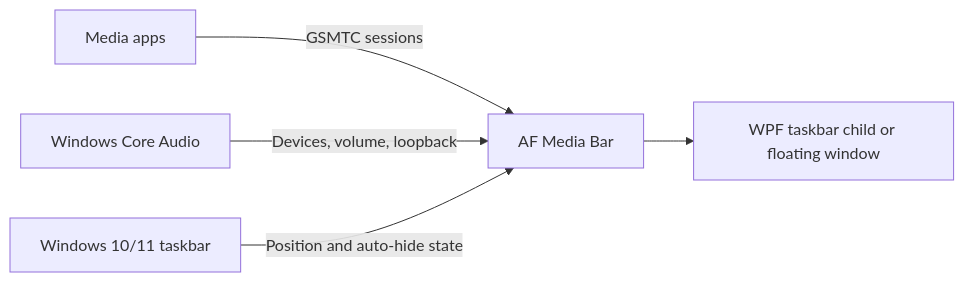
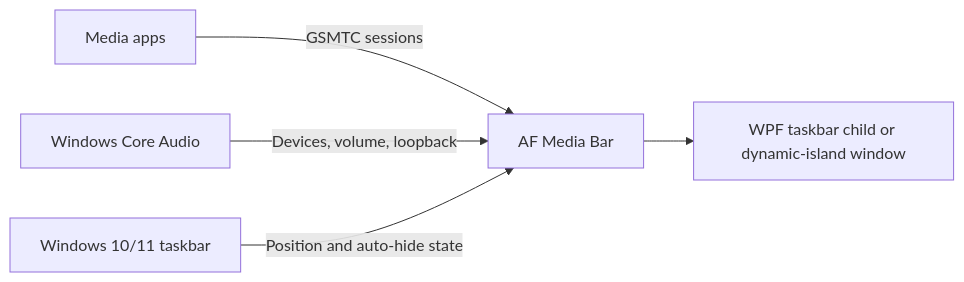
The diagram in README.en-US.md (Fervent-Tempo/AF-Media-Bar), drawn with Mermaid before and after one commit. The commit also changed other lines of this file and 20 other files, not shown here.

Commit message:
feat ：新增播放控制按钮，任务栏自动布局，灵动岛模式 / feat: add hover playback controls, taskbar auto layout, and dynamic island

````diff
--- a/README.en-US.md
+++ b/README.en-US.md
@@ -114,7 +114,7 @@
 ```mermaid
 flowchart LR
     A[Media apps] -->|GSMTC sessions| B[AF Media Bar]
     C[Windows Core Audio] -->|Devices, volume, loopback| B
     D[Windows 10/11 taskbar] -->|Position and auto-hide state| B
-    B --> E[WPF taskbar child or floating window]
+    B --> E[WPF taskbar child or dynamic-island window]
 ```
````
